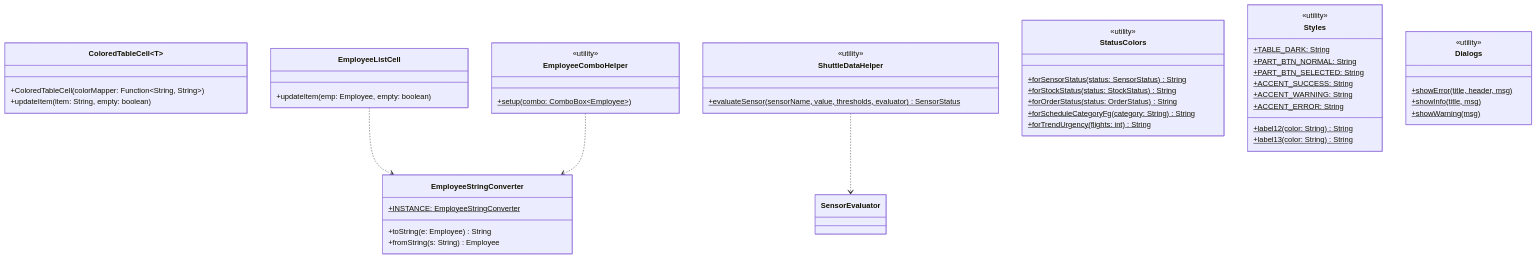
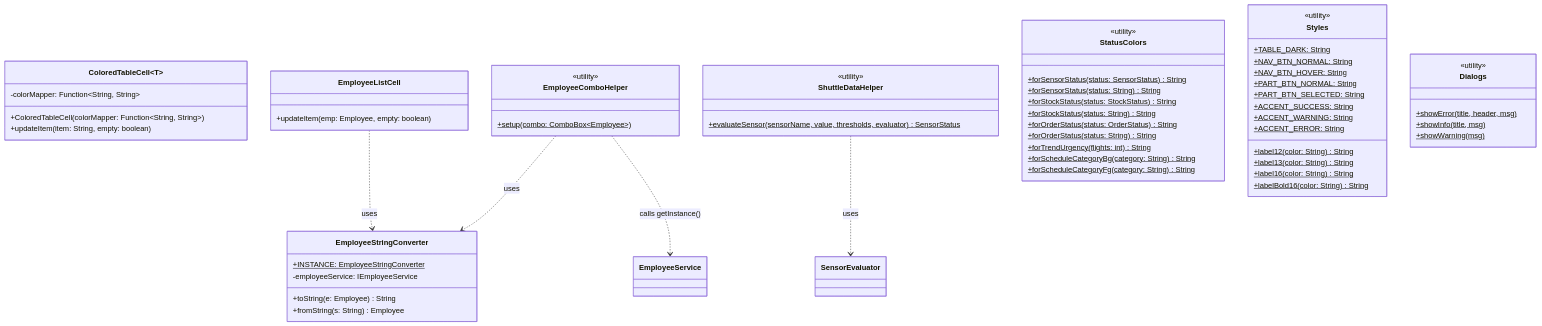
Before and after one commit to BassmaT/ShuttleLogisticGroup5: the fourth of 4 diagrams in UML_Klassendiagramm.md, drawn with Mermaid. The commit also changed other lines of this file and 83 other files, not shown here.

Commit message:
Changes: Fixed Language, updated tech docu, diagrams, logic, cleaned code

````diff
--- a/UML_Klassendiagramm.md
+++ b/UML_Klassendiagramm.md
@@ -440,59 +553,70 @@
 ```mermaid
 classDiagram
     class ColoredTableCell~T~ {
+        -colorMapper: Function~String, String~
         +ColoredTableCell(colorMapper: Function~String, String~)
         +updateItem(item: String, empty: boolean)
     }
 
     class EmployeeStringConverter {
         +INSTANCE: EmployeeStringConverter$
+        -employeeService: IEmployeeService
         +toString(e: Employee) String
         +fromString(s: String) Employee
     }
 
     class EmployeeListCell {
         +updateItem(emp: Employee, empty: boolean)
     }
 
     class EmployeeComboHelper {
         <<utility>>
         +setup(combo: ComboBox~Employee~)$
     }
 
     class ShuttleDataHelper {
         <<utility>>
         +evaluateSensor(sensorName, value, thresholds, evaluator)$ SensorStatus
     }
 
     class StatusColors {
         <<utility>>
         +forSensorStatus(status: SensorStatus)$ String
+        +forSensorStatus(status: String)$ String
         +forStockStatus(status: StockStatus)$ String
+        +forStockStatus(status: String)$ String
         +forOrderStatus(status: OrderStatus)$ String
+        +forOrderStatus(status: String)$ String
+        +forTrendUrgency(flights: int)$ String
+        +forScheduleCategoryBg(category: String)$ String
         +forScheduleCategoryFg(category: String)$ String
-        +forTrendUrgency(flights: int)$ String
     }
 
     class Styles {
         <<utility>>
         +TABLE_DARK: String$
+        +NAV_BTN_NORMAL: String$
+        +NAV_BTN_HOVER: String$
         +PART_BTN_NORMAL: String$
         +PART_BTN_SELECTED: String$
         +ACCENT_SUCCESS: String$
         +ACCENT_WARNING: String$
         +ACCENT_ERROR: String$
         +label12(color: String)$ String
         +label13(color: String)$ String
+        +label16(color: String)$ String
+        +labelBold16(color: String)$ String
     }
 
     class Dialogs {
         <<utility>>
         +showError(title, header, msg)$
         +showInfo(title, msg)$
         +showWarning(msg)$
     }
 
-    EmployeeListCell ..> EmployeeStringConverter
-    EmployeeComboHelper ..> EmployeeStringConverter
-    ShuttleDataHelper ..> SensorEvaluator
+    EmployeeListCell ..> EmployeeStringConverter : uses
+    EmployeeComboHelper ..> EmployeeStringConverter : uses
+    EmployeeComboHelper ..> EmployeeService : calls getInstance()
+    ShuttleDataHelper ..> SensorEvaluator : uses
 ```
````
